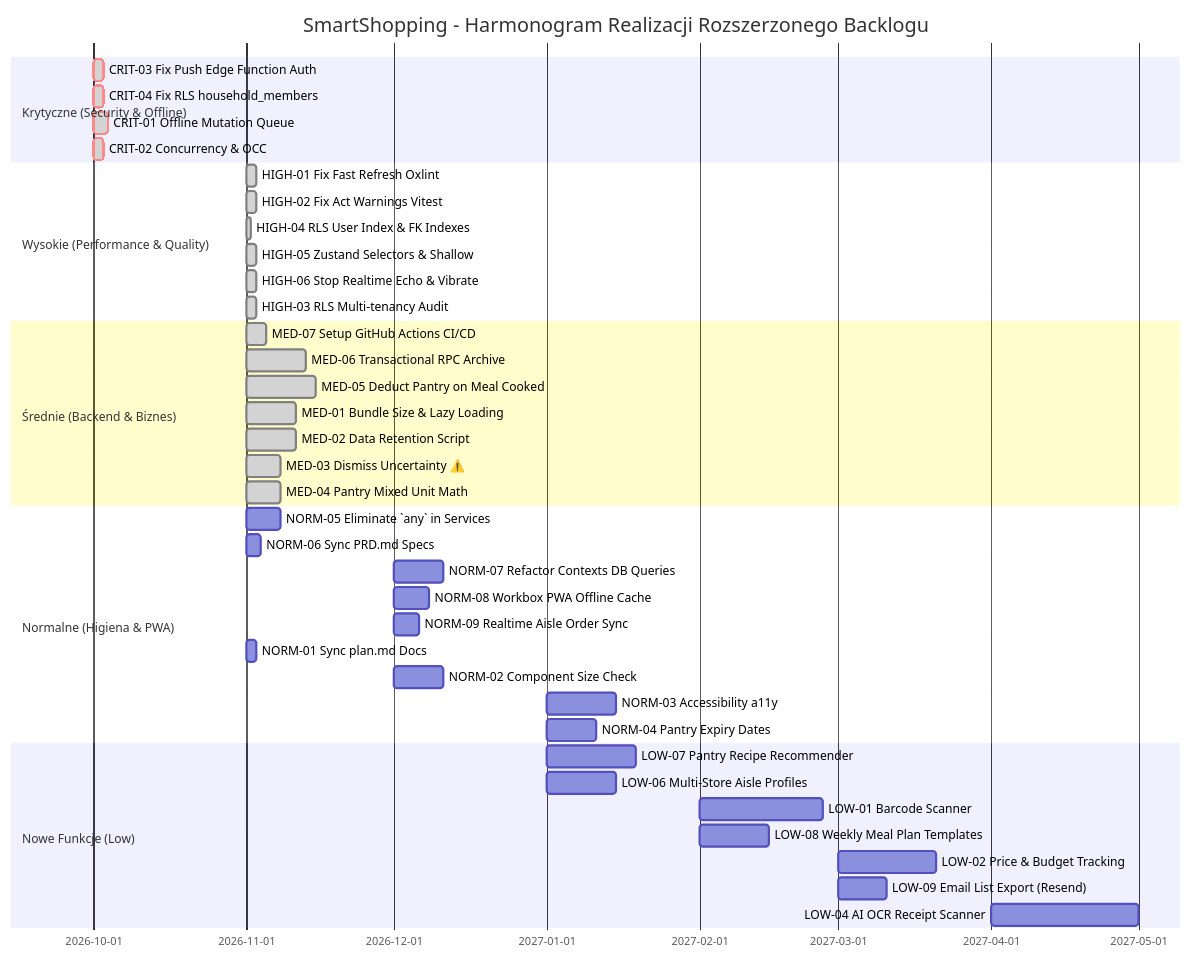
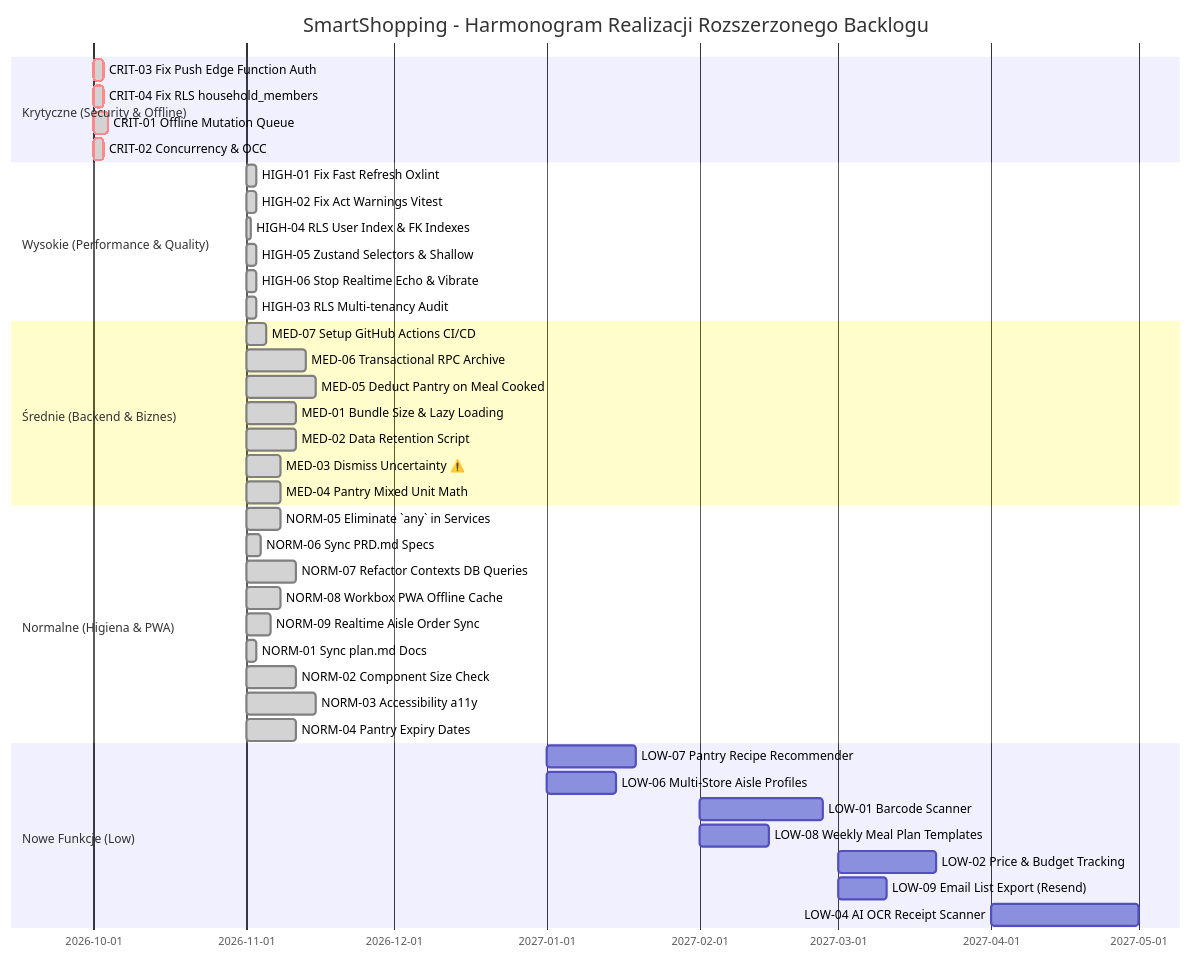
The diagram in docs/Roadmap.md (dobrybajer/SmartShopping), drawn with Mermaid before and after one commit. The commit also changed other lines of this file and 83 other files, not shown here.

Commit message:
roadmap: 9 normal issues fixed

````diff
--- a/docs/Roadmap.md
+++ b/docs/Roadmap.md
@@ -519,43 +524,43 @@
 ```mermaid
 gantt
     title SmartShopping - Harmonogram Realizacji Rozszerzonego Backlogu
     dateFormat  YYYY-MM
     section Krytyczne (Security & Offline)
     CRIT-03 Fix Push Edge Function Auth :crit, done, 2026-10, 2d
     CRIT-04 Fix RLS household_members    :crit, done, 2026-10, 2d
     CRIT-01 Offline Mutation Queue       :crit, done, 2026-10, 3d
     CRIT-02 Concurrency & OCC            :crit, done, 2026-10, 2d
     section Wysokie (Performance & Quality)
     HIGH-01 Fix Fast Refresh Oxlint     :done, 2026-11, 2d
     HIGH-02 Fix Act Warnings Vitest      :done, 2026-11, 2d
     HIGH-04 RLS User Index & FK Indexes  :done, 2026-11, 1d
     HIGH-05 Zustand Selectors & Shallow  :done, 2026-11, 2d
     HIGH-06 Stop Realtime Echo & Vibrate :done, 2026-11, 2d
     HIGH-03 RLS Multi-tenancy Audit      :done, 2026-11, 2d
     section Średnie (Backend & Biznes)
     MED-07 Setup GitHub Actions CI/CD    :done, 2026-11, 4d
     MED-06 Transactional RPC Archive     :done, 2026-11, 12d
     MED-05 Deduct Pantry on Meal Cooked  :done, 2026-11, 14d
     MED-01 Bundle Size & Lazy Loading    :done, 2026-11, 10d
     MED-02 Data Retention Script         :done, 2026-11, 10d
     MED-03 Dismiss Uncertainty ⚠️        :done, 2026-11, 7d
     MED-04 Pantry Mixed Unit Math        :done, 2026-11, 7d
     section Normalne (Higiena & PWA)
-    NORM-05 Eliminate `any` in Services  :2026-11, 7d
-    NORM-06 Sync PRD.md Specs            :2026-11, 3d
-    NORM-07 Refactor Contexts DB Queries :2026-12, 10d
-    NORM-08 Workbox PWA Offline Cache    :2026-12, 7d
-    NORM-09 Realtime Aisle Order Sync    :2026-12, 5d
-    NORM-01 Sync plan.md Docs            :2026-11, 2d
-    NORM-02 Component Size Check         :2026-12, 10d
-    NORM-03 Accessibility a11y           :2027-01, 14d
-    NORM-04 Pantry Expiry Dates          :2027-01, 10d
+    NORM-05 Eliminate `any` in Services  :done, 2026-11, 7d
+    NORM-06 Sync PRD.md Specs            :done, 2026-11, 3d
+    NORM-07 Refactor Contexts DB Queries :done, 2026-11, 10d
+    NORM-08 Workbox PWA Offline Cache    :done, 2026-11, 7d
+    NORM-09 Realtime Aisle Order Sync    :done, 2026-11, 5d
+    NORM-01 Sync plan.md Docs            :done, 2026-11, 2d
+    NORM-02 Component Size Check         :done, 2026-11, 10d
+    NORM-03 Accessibility a11y           :done, 2026-11, 14d
+    NORM-04 Pantry Expiry Dates          :done, 2026-11, 10d
     section Nowe Funkcje (Low)
     LOW-07 Pantry Recipe Recommender     :2027-01, 18d
     LOW-06 Multi-Store Aisle Profiles    :2027-01, 14d
     LOW-01 Barcode Scanner               :2027-02, 25d
     LOW-08 Weekly Meal Plan Templates    :2027-02, 14d
     LOW-02 Price & Budget Tracking       :2027-03, 20d
     LOW-09 Email List Export (Resend)    :2027-03, 10d
     LOW-04 AI OCR Receipt Scanner        :2027-04, 30d
 ```
````
